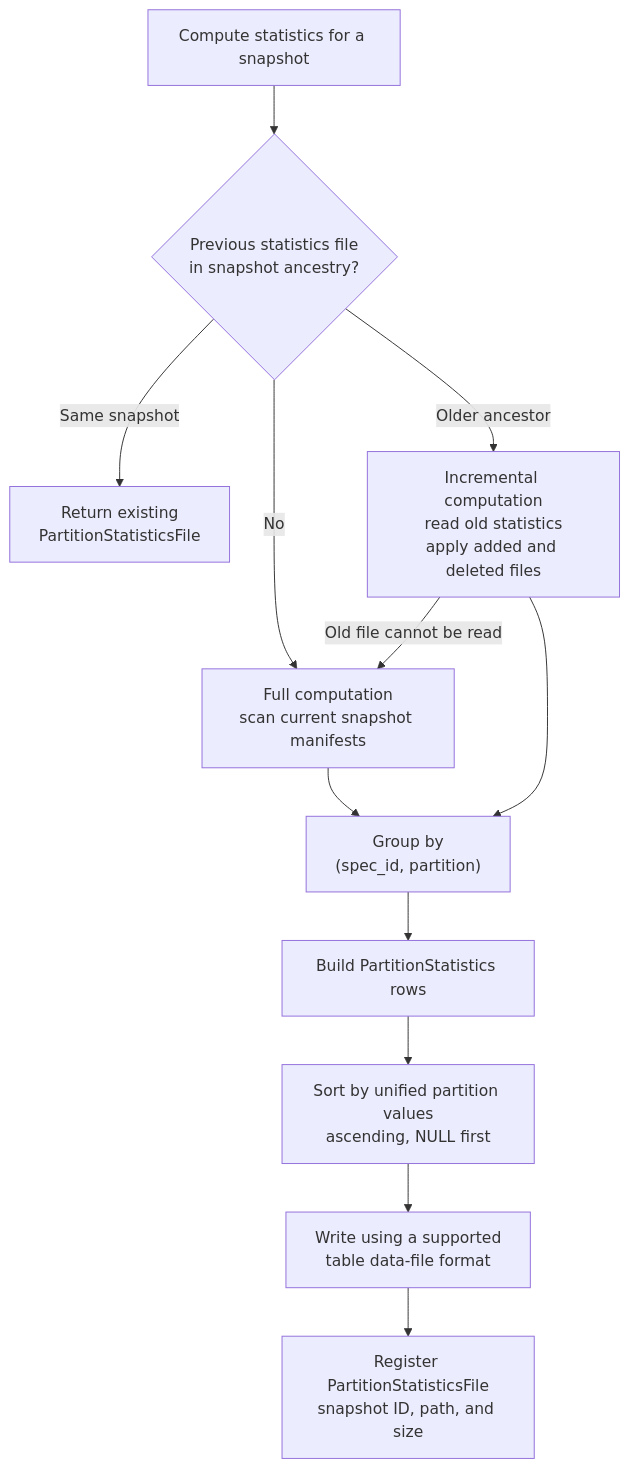
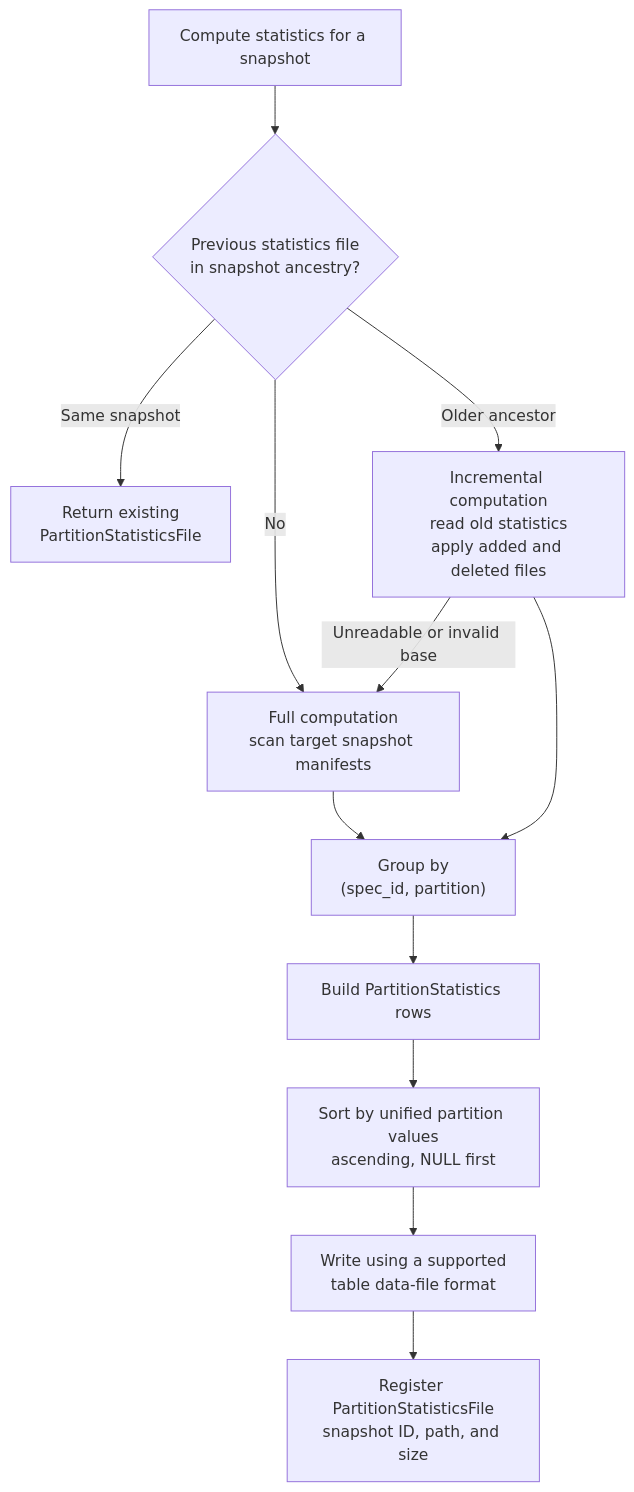
Before and after one commit to apache/iceberg-rust: the first of 2 diagrams in docs/rfcs/0004_partition_statistics.md, drawn with Mermaid. The commit also changed other lines of this file, not shown here.

````diff
--- a/docs/rfcs/0004_partition_statistics.md
+++ b/docs/rfcs/0004_partition_statistics.md
@@ -79,14 +71,14 @@
 ```mermaid
 flowchart TD
     Start["Compute statistics for a snapshot"] --> Previous{"Previous statistics file<br/>in snapshot ancestry?"}
-    Previous -->|No| Full["Full computation<br/>scan current snapshot manifests"]
+    Previous -->|No| Full["Full computation<br/>scan target snapshot manifests"]
     Previous -->|Same snapshot| Existing["Return existing<br/>PartitionStatisticsFile"]
     Previous -->|Older ancestor| Incremental["Incremental computation<br/>read old statistics<br/>apply added and deleted files"]
-    Incremental -->|Old file cannot be read| Full
+    Incremental -->|Unreadable or invalid base| Full
     Full --> Group["Group by<br/>(spec_id, partition)"]
     Incremental --> Group
     Group --> Rows["Build PartitionStatistics rows"]
     Rows --> Sort["Sort by unified partition values<br/>ascending, NULL first"]
     Sort --> Write["Write using a supported<br/>table data-file format"]
     Write --> Register["Register PartitionStatisticsFile<br/>snapshot ID, path, and size"]
 ```
````
